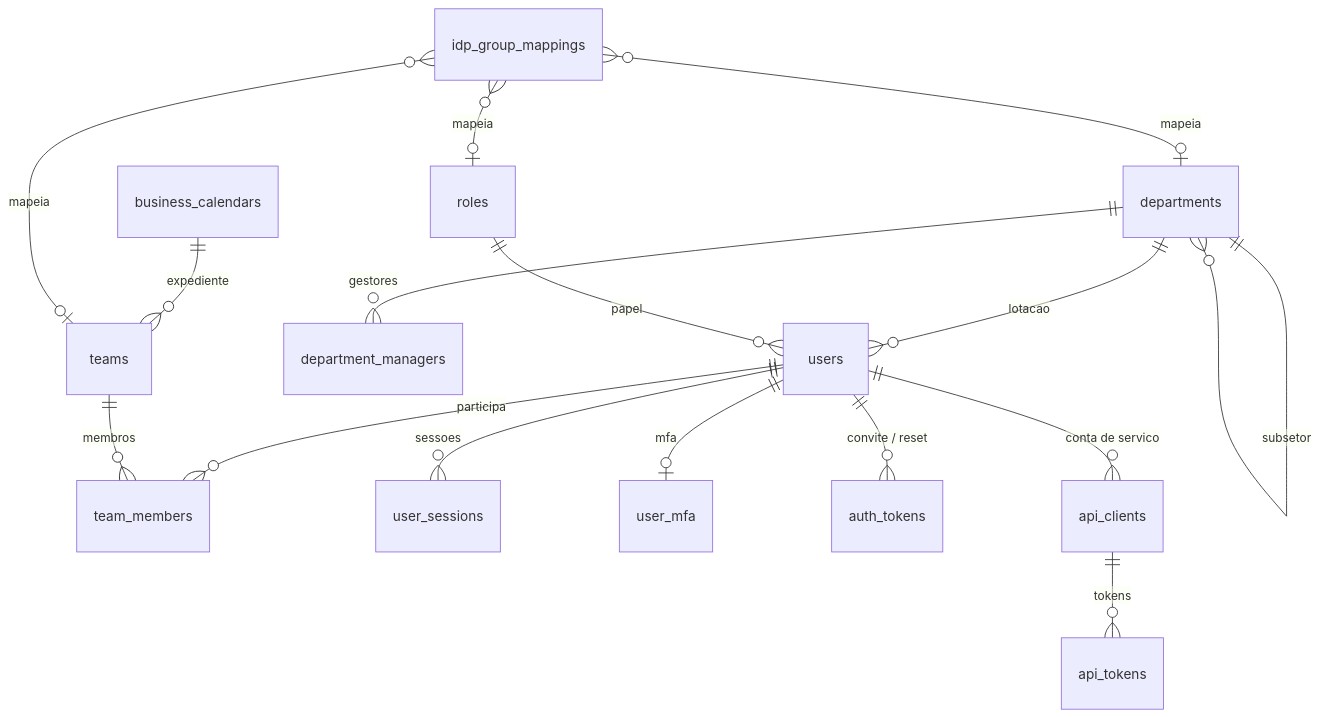
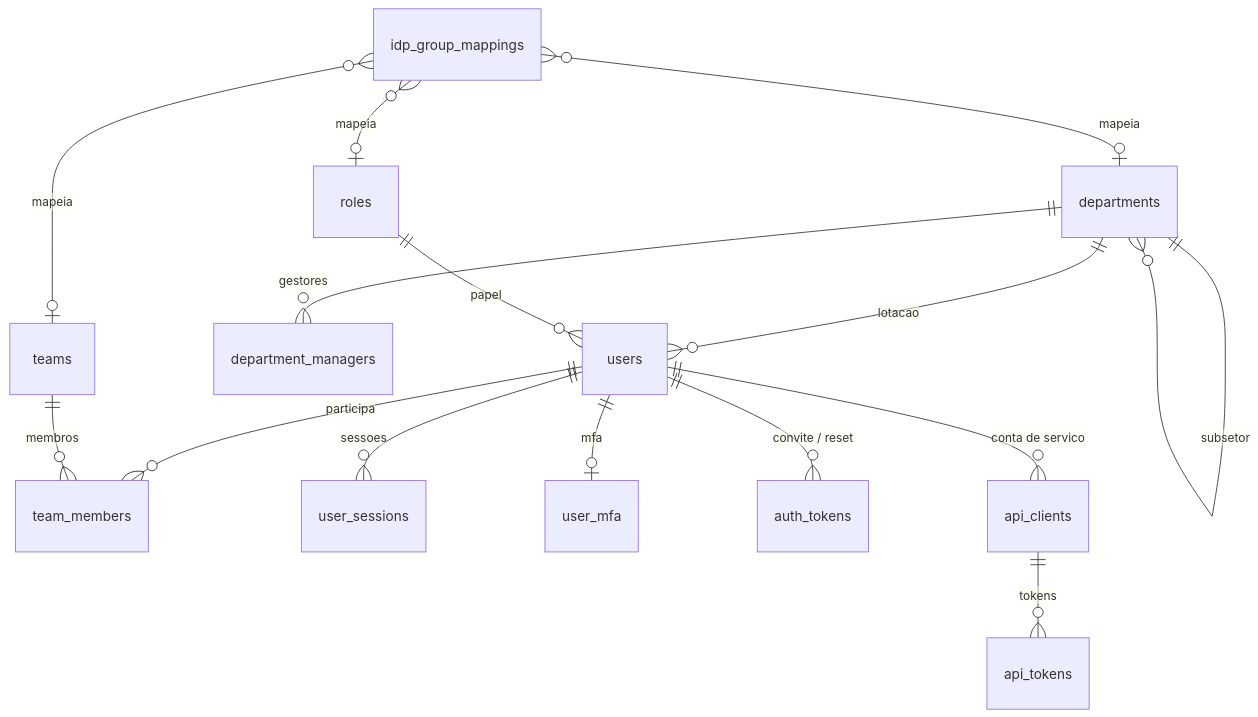
Before and after one commit to 0LB-i/ticketflow: the first of 2 diagrams in docs/04-modelo-de-dados.md, drawn with Mermaid. The commit also changed other lines of this file and 12 other files, not shown here.

````diff
--- a/docs/04-modelo-de-dados.md
+++ b/docs/04-modelo-de-dados.md
@@ -9,18 +9,17 @@
 ```mermaid
 erDiagram
     departments ||--o{ departments : subsetor
     departments ||--o{ users : lotacao
     departments ||--o{ department_managers : gestores
     roles ||--o{ users : papel
     users ||--o{ team_members : participa
     teams ||--o{ team_members : membros
-    business_calendars ||--o{ teams : expediente
     users ||--o{ user_sessions : sessoes
     users ||--o| user_mfa : mfa
     users ||--o{ auth_tokens : "convite / reset"
     idp_group_mappings }o--o| roles : mapeia
     idp_group_mappings }o--o| teams : mapeia
     idp_group_mappings }o--o| departments : mapeia
     users ||--o{ api_clients : "conta de servico"
     api_clients ||--o{ api_tokens : tokens
 ```
````
